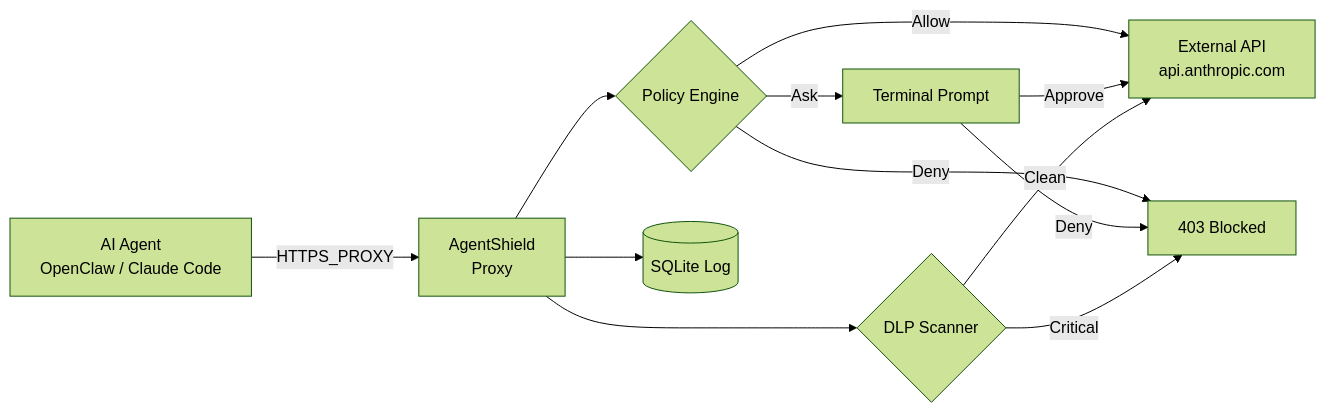
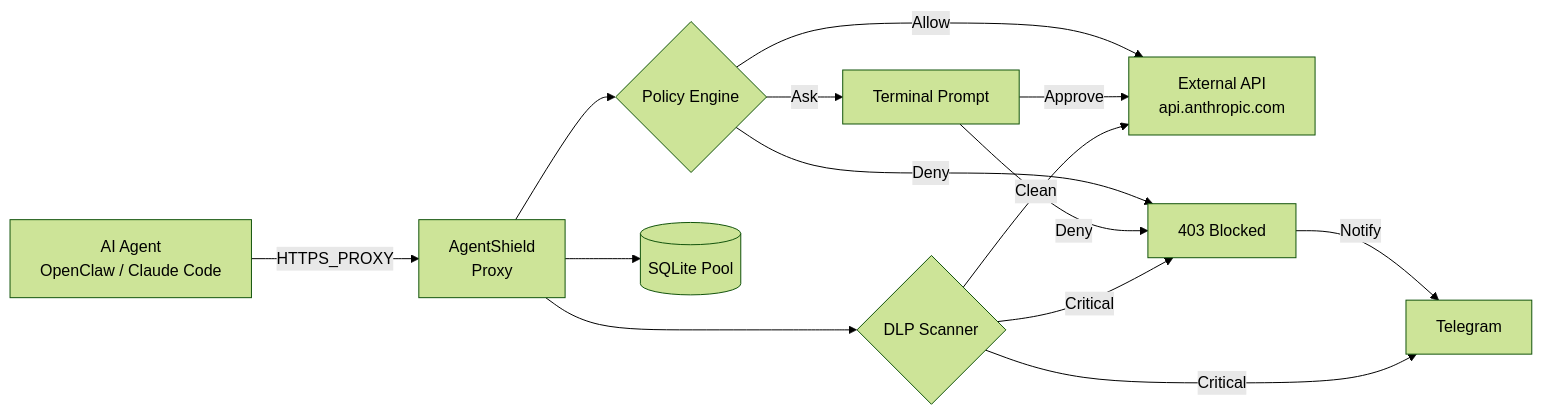
The diagram in README.md (kamuimk/agentshield), drawn with Mermaid (forest theme) before and after one commit. The commit also changed other lines of this file and 18 other files, not shown here.

First line of the commit message:
Implement v0.3: tracing, connection pool, system allowlist, Telegram notification

````diff
--- a/README.md
+++ b/README.md
@@ -12,14 +12,16 @@
 ```mermaid
 flowchart LR
     A[AI Agent<br/>OpenClaw / Claude Code] -->|HTTPS_PROXY| B[AgentShield<br/>Proxy]
     B --> C{Policy Engine}
     C -->|Allow| D[External API<br/>api.anthropic.com]
     C -->|Deny| E[403 Blocked]
     C -->|Ask| F[Terminal Prompt]
     F -->|Approve| D
     F -->|Deny| E
-    B --> G[(SQLite Log)]
+    B --> G[(SQLite Pool)]
     B --> H{DLP Scanner}
     H -->|Critical| E
     H -->|Clean| D
+    E -->|Notify| I[Telegram]
+    H -->|Critical| I
 ```
````
